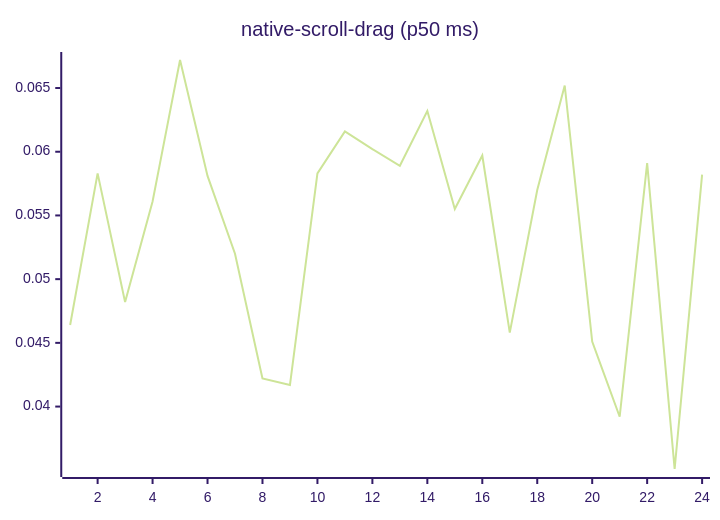
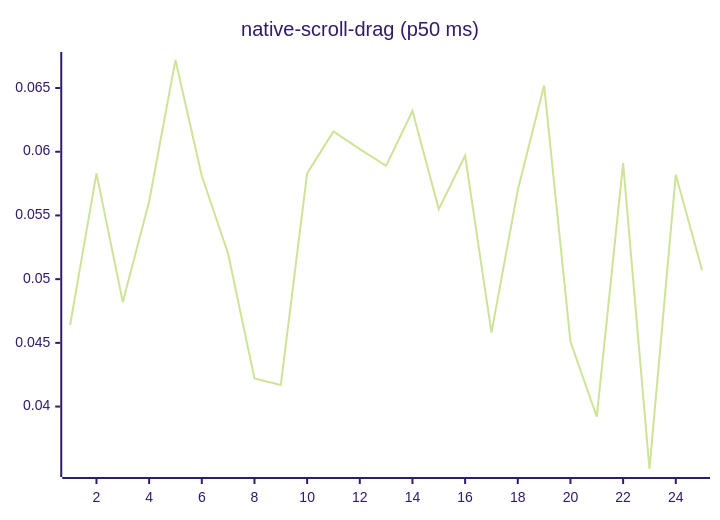
Before and after one commit to josha/Facet: diagram 14 of 27 in README.md, drawn with Mermaid (forest theme). The commit also changed other lines of this file and 2 other files, not shown here.

````diff
--- a/README.md
+++ b/README.md
@@ -154,6 +154,6 @@
 ```mermaid
 xychart-beta
     title "native-scroll-drag (p50 ms)"
-    x-axis 1 --> 24
-    line [0.0464, 0.0583, 0.0482, 0.0561, 0.0672, 0.0581, 0.0520, 0.0422, 0.0417, 0.0583, 0.0616, 0.0602, 0.0589, 0.0632, 0.0555, 0.0597, 0.0458, 0.0570, 0.0652, 0.0451, 0.0392, 0.0591, 0.0351, 0.0582]
+    x-axis 1 --> 25
+    line [0.0464, 0.0583, 0.0482, 0.0561, 0.0672, 0.0581, 0.0520, 0.0422, 0.0417, 0.0583, 0.0616, 0.0602, 0.0589, 0.0632, 0.0555, 0.0597, 0.0458, 0.0570, 0.0652, 0.0451, 0.0392, 0.0591, 0.0351, 0.0582, 0.0507]
 ```
````
